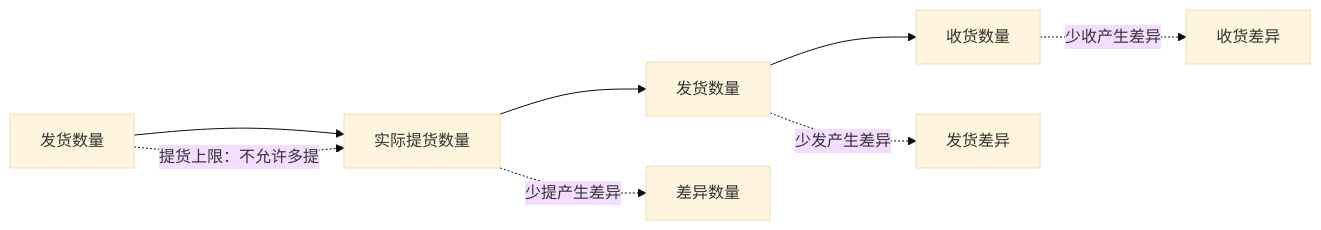
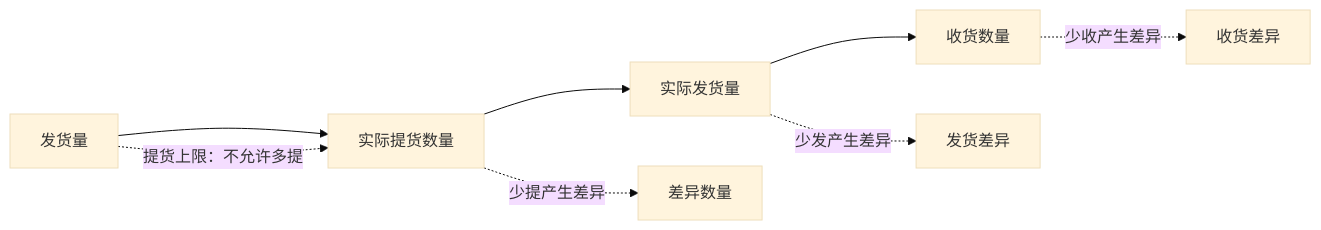
One commit to heiquanrenheiquanren-lab/Middle-Platform-Pages changed the sixth of 6 diagrams in PRD/发货单全流程管理-PRD-V2.md. Above: the diagram before and after it, drawn with Mermaid (base theme). The commit also changed other lines of this file and 7 other files, not shown here.

Commit message:
refactor: 发货量口径重构(发货量/实际发货量)+FBA PRD精简与关联范围收敛+计划侧入口开关化

````diff
--- a/PRD/发货单全流程管理-PRD-V2.md
+++ b/PRD/发货单全流程管理-PRD-V2.md
@@ -281,10 +282,10 @@
 ```mermaid
 flowchart LR
-    P[发货数量] --> K[实际提货数量]
-    K --> S[发货数量]
+    P[发货量] --> K[实际提货数量]
+    K --> S[实际发货量]
     S --> R[收货数量]
     P -. 提货上限：不允许多提 .-> K
     K -. 少提产生差异 .-> X[差异数量]
     S -. 少发产生差异 .-> Y[发货差异]
     R -. 少收产生差异 .-> Z[收货差异]
 ```
````
